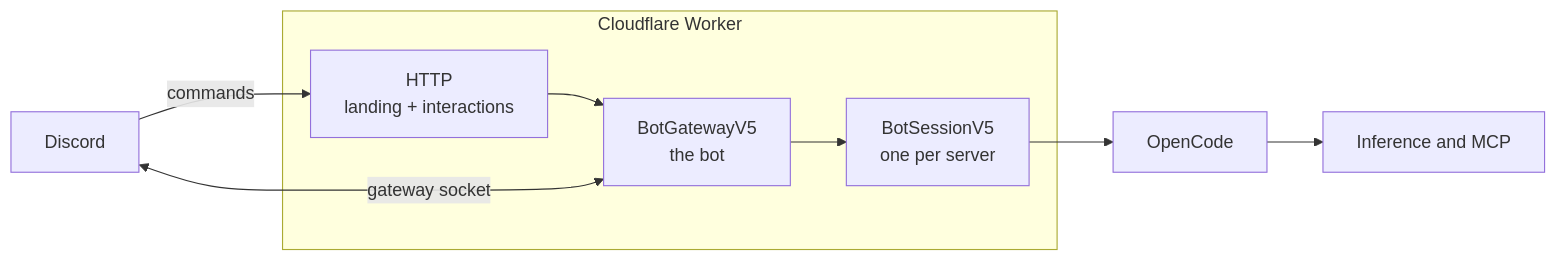
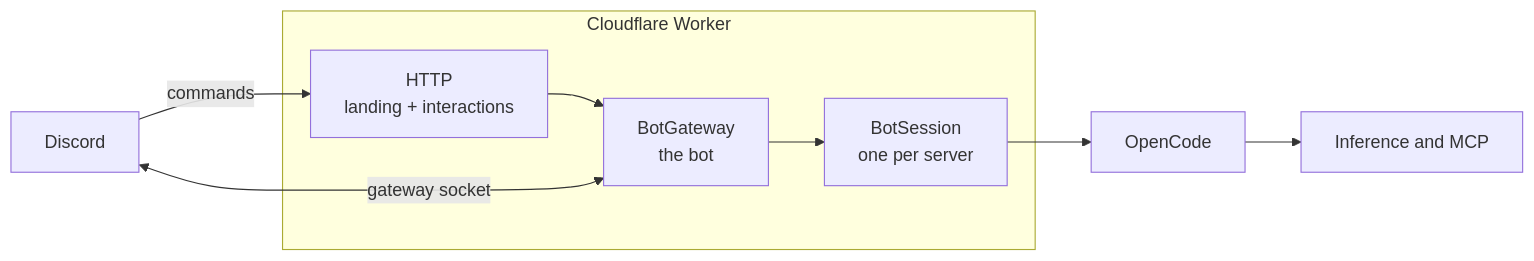
Before and after one commit to oscartbeaumont/eryn: the diagram in README.md, drawn with Mermaid. The commit also changed other lines of this file and 5 other files, not shown here.

````diff
--- a/README.md
+++ b/README.md
@@ -11,20 +11,20 @@
 ```mermaid
 flowchart LR
     discord[Discord]
 
     subgraph worker[Cloudflare Worker]
         routes[HTTP<br/>landing + interactions]
-        bot[BotGatewayV5<br/>the bot]
-        session["BotSessionV5<br/>one per server"]
+        bot[BotGateway<br/>the bot]
+        session["BotSession<br/>one per server"]
     end
 
     agent[OpenCode]
     services[Inference and MCP]
 
     discord -->|commands| routes
     routes --> bot
     discord <-->|gateway socket| bot
     bot --> session
     session --> agent
     agent --> services
 ```
````
